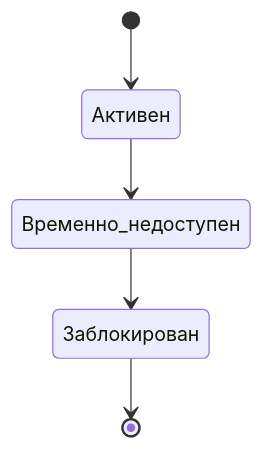
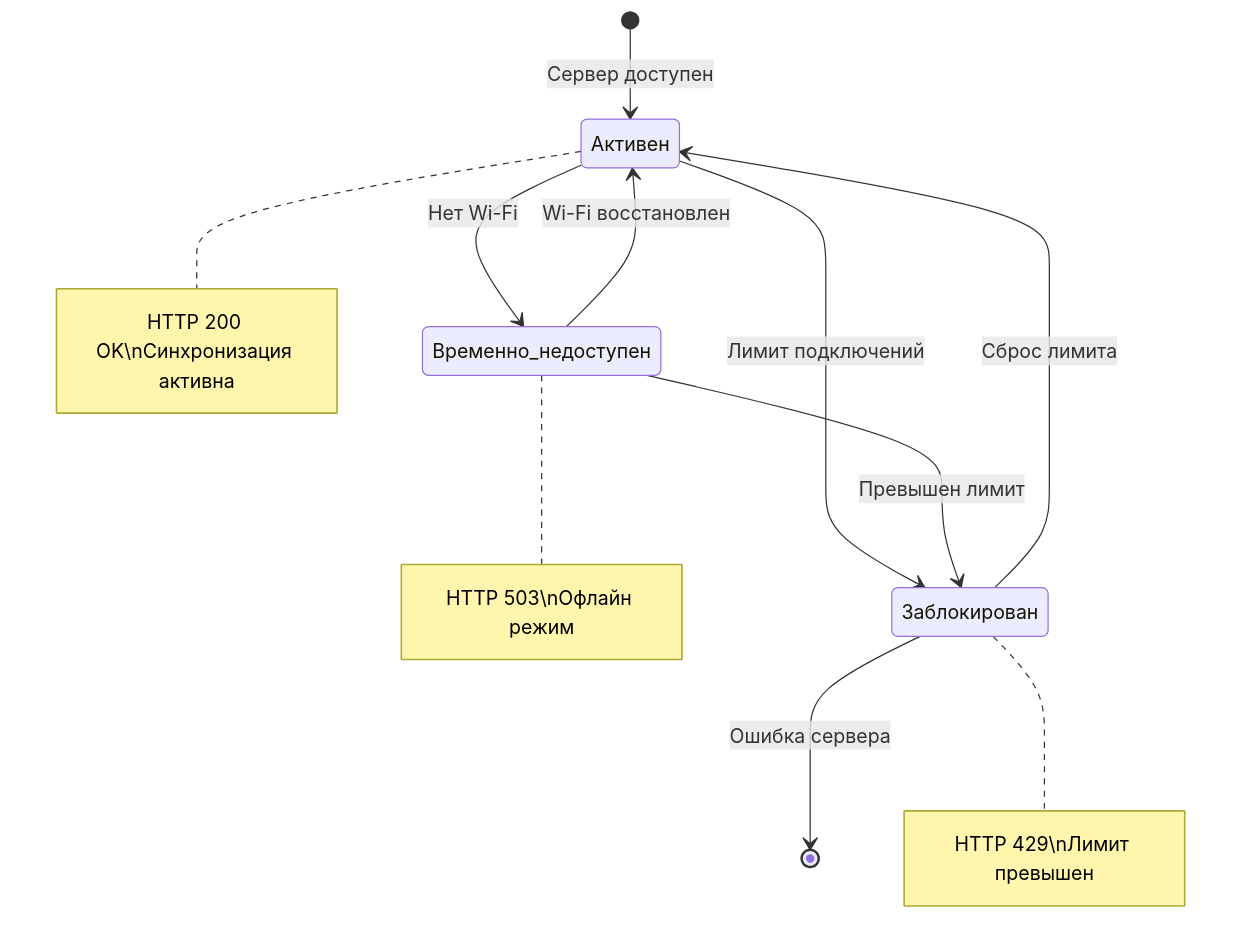
Before and after one commit to Angel-Energy/diplom-: diagram 14 of 31 in ALL_DIAGRAMS.md, drawn with Mermaid. The commit also changed other lines of this file, not shown here.

Commit message:
Enhance diagram text with detailed descriptions, subgraphs, and styling

````diff
--- a/ALL_DIAGRAMS.md
+++ b/ALL_DIAGRAMS.md
@@ -254,7 +461,13 @@
 ```mermaid
 stateDiagram-v2
-    [*] --> Активен
-    Активен --> Временно_недоступен
-    Временно_недоступен --> Заблокирован
-    Заблокирован --> [*]
+    [*] --> Активен : Сервер доступен
+    Активен --> Временно_недоступен : Нет Wi-Fi
+    Активен --> Заблокирован : Лимит подключений
+    Временно_недоступен --> Активен : Wi-Fi восстановлен
+    Временно_недоступен --> Заблокирован : Превышен лимит
+    Заблокирован --> Активен : Сброс лимита
+    Заблокирован --> [*] : Ошибка сервера
+    note right of Активен : HTTP 200 OK\nСинхронизация активна
+    note right of Временно_недоступен : HTTP 503\nОфлайн режим
+    note right of Заблокирован : HTTP 429\nЛимит превышен
 ```
````
